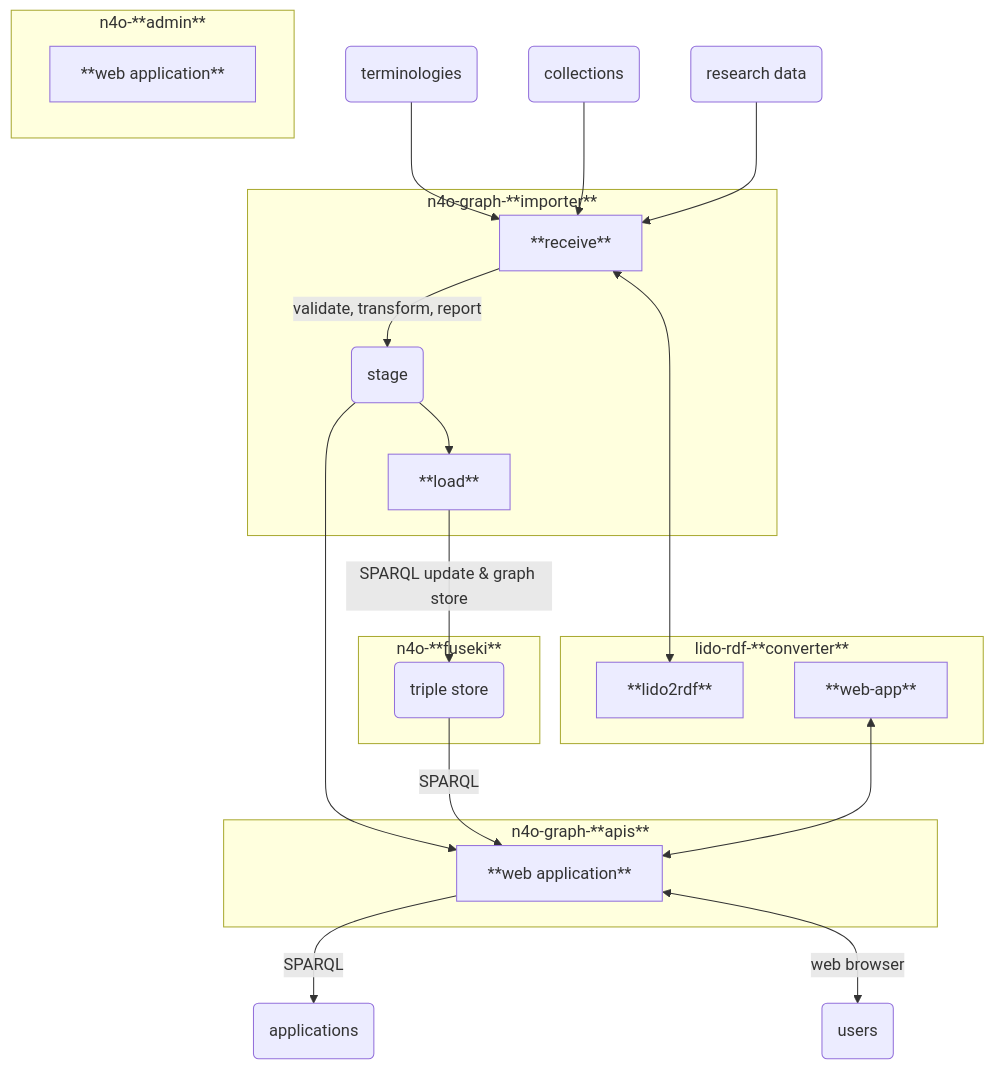
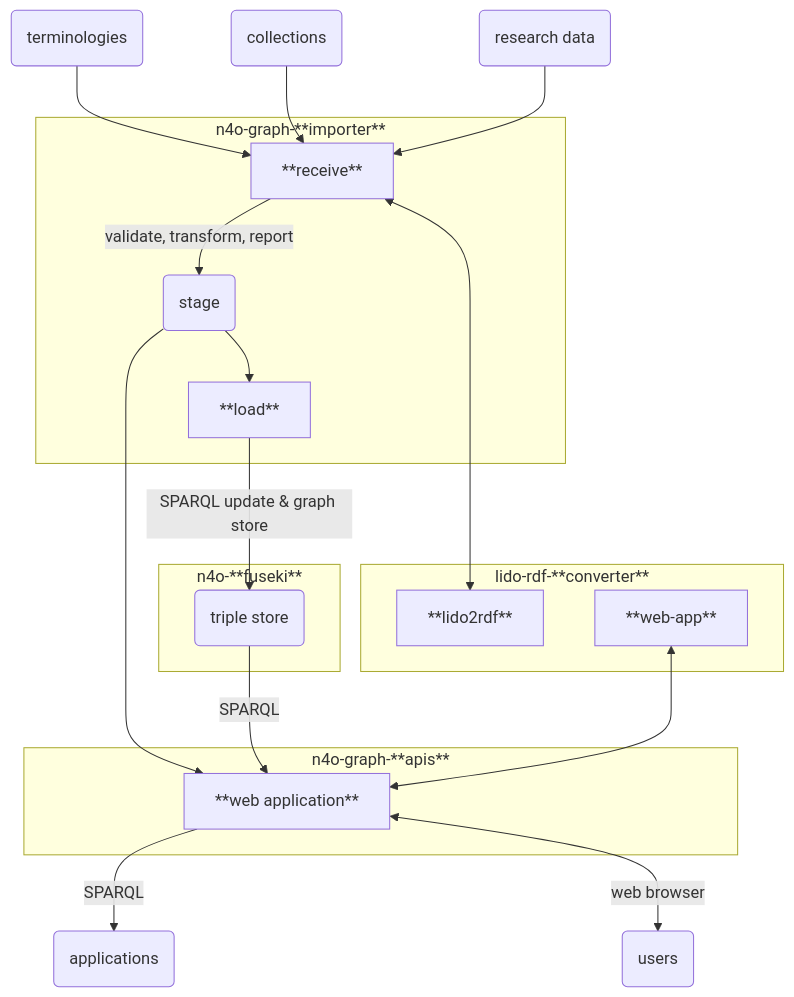
The diagram in README.md (nfdi4objects/n4o-graph), drawn with Mermaid before and after one commit.

Commit message:
Remove reference to admin-ui

````diff
--- a/README.md
+++ b/README.md
@@ -16,38 +16,35 @@
 ```mermaid
 graph TD
     terminologies(terminologies) --> receive
     collections(collections) --> receive
     data(research data) --> receive
     stage(stage)
 
     subgraph importer ["n4o-graph-**importer**"]
         receive[**receive**]
         receive -- validate, transform, report --> stage
         stage --> load
         load[**load**]
-    end
-    subgraph n4o-**admin**
-      admin-ui[**web application**]
     end
     subgraph "n4o-**fuseki**"
         kg(triple store)
     end
     subgraph "n4o-graph-**apis**"
         ui[**web application**]
     end
     subgraph "lido-rdf-**converter**"
         lido2rdf[**lido2rdf**]
         web-app[**web-app**]
     end
 
     stage --> ui
     kg -- SPARQL --> ui
     ui -- SPARQL --> apps(applications)
 
     receive <--> lido2rdf
     load -- SPARQL update & graph store --> kg
 
     web-app <--> ui
 
     ui <--web browser--> users(users)
 ```
````
